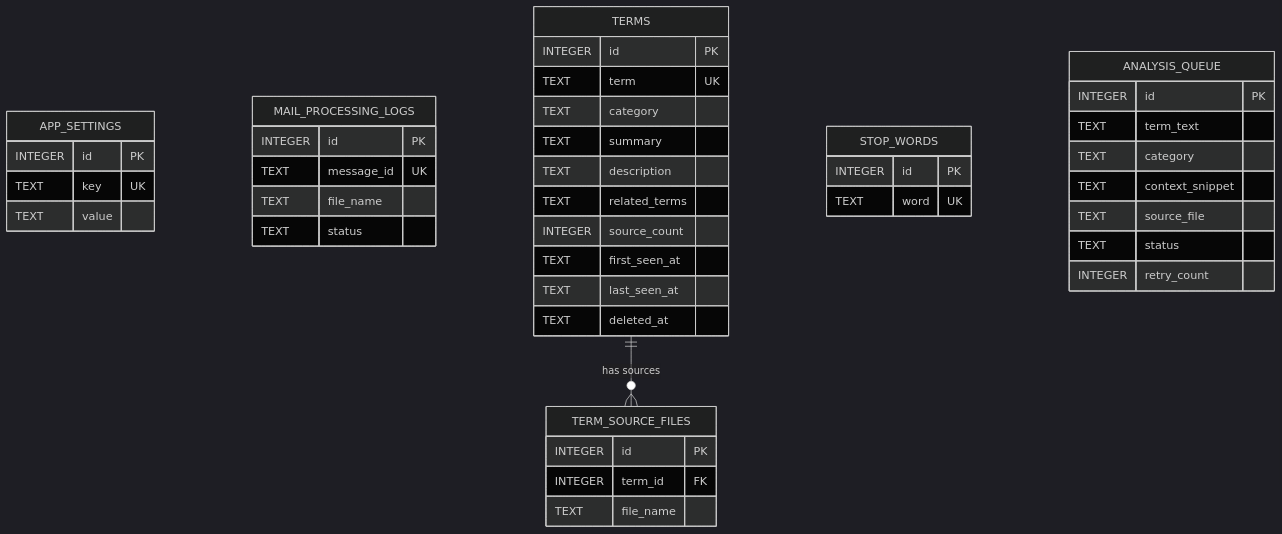
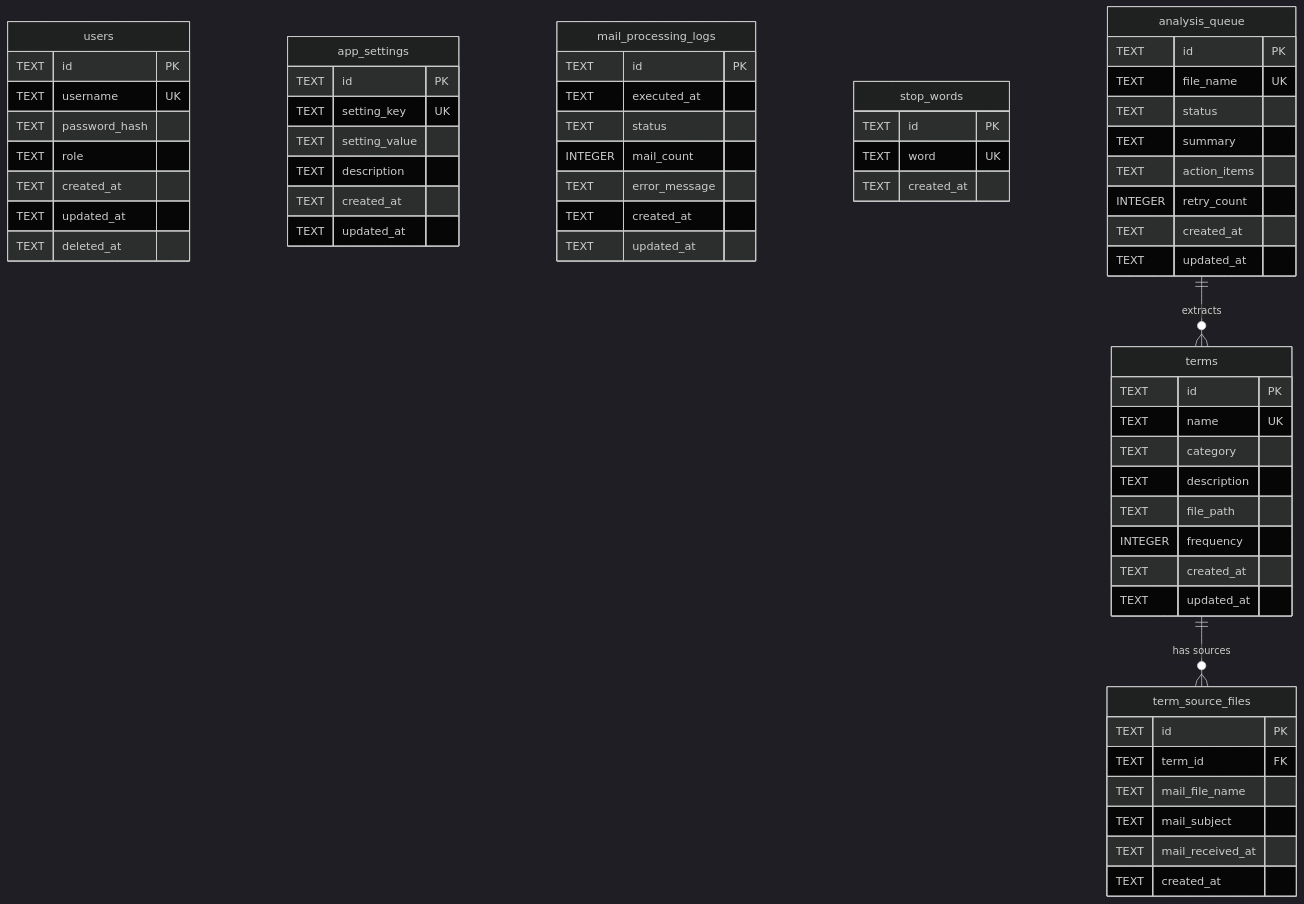
The diagram in docs/specs/datas/spec-datas.md (woongki-jung/Hackathon), drawn with Mermaid (dark theme) before and after one commit. The commit also changed other lines of this file and 113 other files, not shown here.

````diff
--- a/docs/specs/datas/spec-datas.md
+++ b/docs/specs/datas/spec-datas.md
@@ -72,51 +76,71 @@
 ```mermaid
 erDiagram
-    APP_SETTINGS {
-        INTEGER id PK
-        TEXT key UK
-        TEXT value
-    }
-
-    MAIL_PROCESSING_LOGS {
-        INTEGER id PK
-        TEXT message_id UK
-        TEXT file_name
-        TEXT status
-    }
-
-    TERMS {
-        INTEGER id PK
-        TEXT term UK
-        TEXT category
-        TEXT summary
-        TEXT description
-        TEXT related_terms
-        INTEGER source_count
-        TEXT first_seen_at
-        TEXT last_seen_at
+    users {
+        TEXT id PK
+        TEXT username UK
+        TEXT password_hash
+        TEXT role
+        TEXT created_at
+        TEXT updated_at
         TEXT deleted_at
     }
 
-    TERM_SOURCE_FILES {
-        INTEGER id PK
-        INTEGER term_id FK
-        TEXT file_name
+    app_settings {
+        TEXT id PK
+        TEXT setting_key UK
+        TEXT setting_value
+        TEXT description
+        TEXT created_at
+        TEXT updated_at
     }
 
-    STOP_WORDS {
-        INTEGER id PK
-        TEXT word UK
+    mail_processing_logs {
+        TEXT id PK
+        TEXT executed_at
+        TEXT status
+        INTEGER mail_count
+        TEXT error_message
+        TEXT created_at
+        TEXT updated_at
     }
 
-    ANALYSIS_QUEUE {
-        INTEGER id PK
-        TEXT term_text
+    terms {
+        TEXT id PK
+        TEXT name UK
         TEXT category
-        TEXT context_snippet
-        TEXT source_file
-        TEXT status
-        INTEGER retry_count
+        TEXT description
+        TEXT file_path
+        INTEGER frequency
+        TEXT created_at
+        TEXT updated_at
     }
 
-    TERMS ||--o{ TERM_SOURCE_FILES : "has sources"
+    term_source_files {
+        TEXT id PK
+        TEXT term_id FK
+        TEXT mail_file_name
+        TEXT mail_subject
+        TEXT mail_received_at
+        TEXT created_at
+    }
+
+    stop_words {
+        TEXT id PK
+        TEXT word UK
+        TEXT created_at
+    }
+
+    analysis_queue {
+        TEXT id PK
+        TEXT file_name UK
+        TEXT status
+        TEXT summary
+        TEXT action_items
+        INTEGER retry_count
+        TEXT created_at
+        TEXT updated_at
+    }
+
+    terms ||--o{ term_source_files : "has sources"
+    analysis_queue ||--o{ terms : "extracts"
 ```
````
